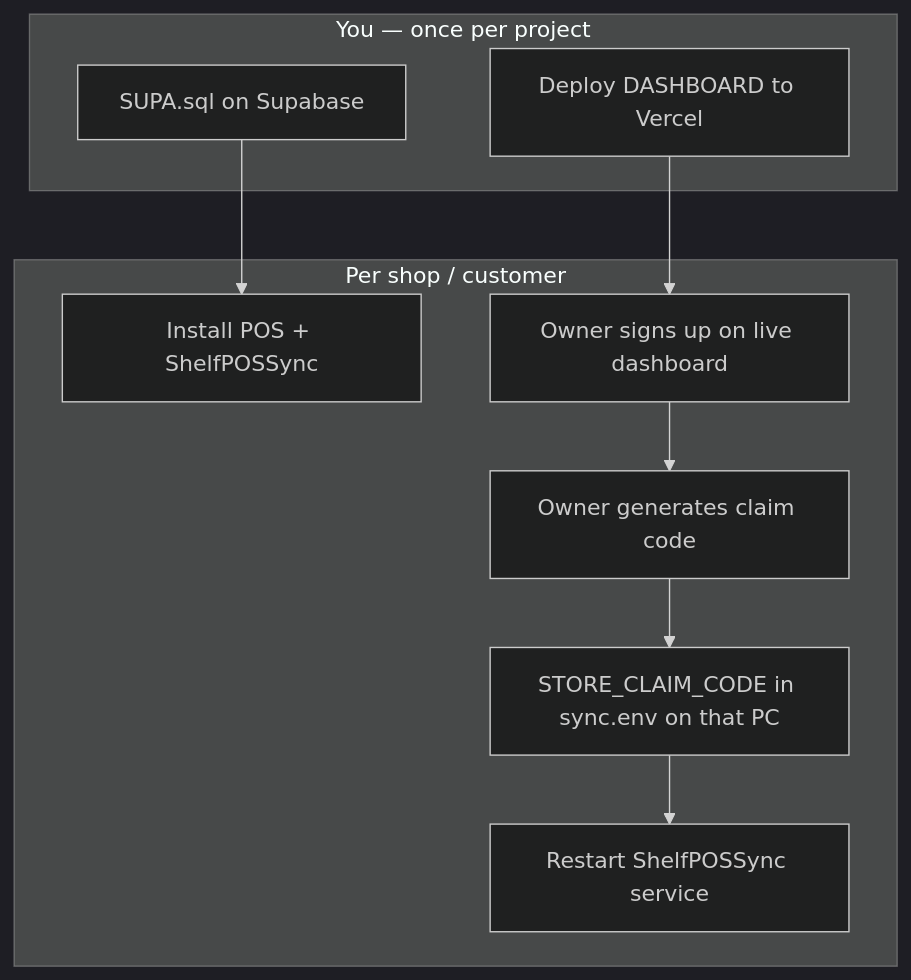
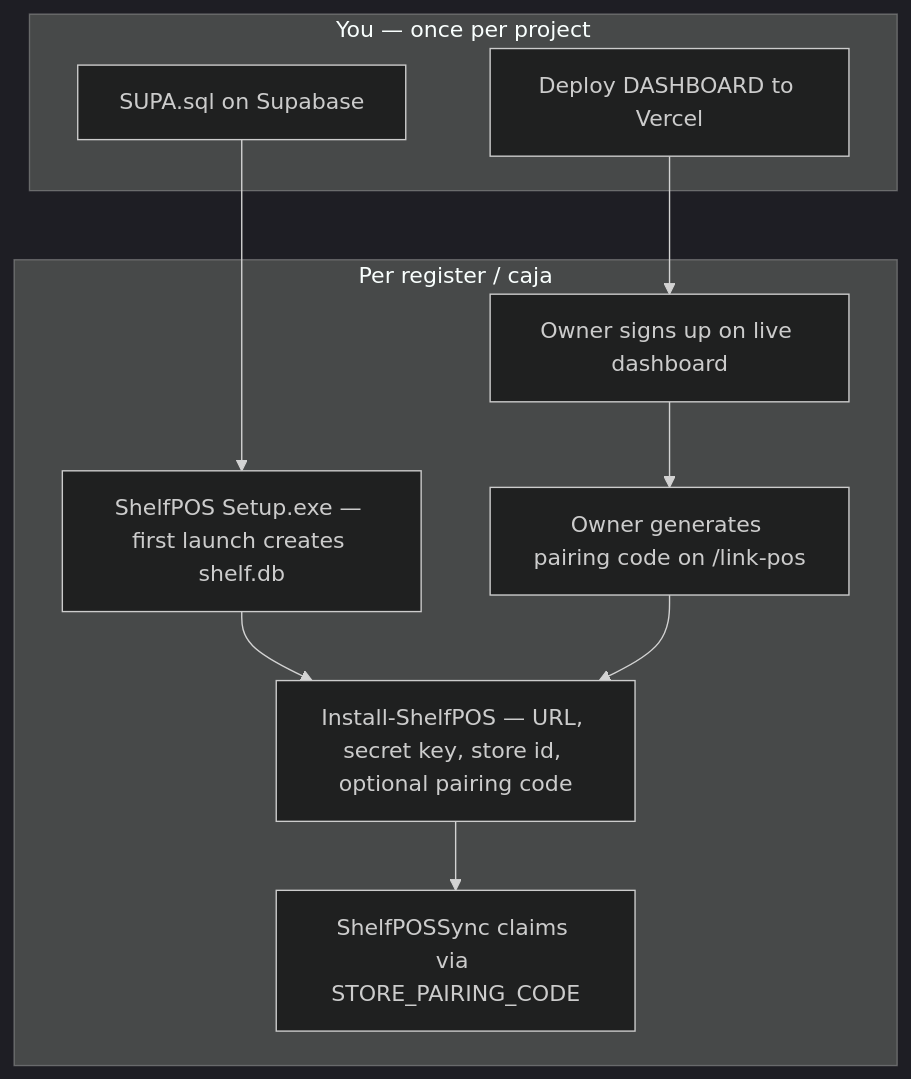
Before and after one commit to FortakenJay/ShelfPOS: the diagram in docs/wiki/15-Setup-And-Deployment.md, drawn with Mermaid (dark theme). The commit also changed other lines of this file and 107 other files, not shown here.

````diff
--- a/docs/wiki/15-Setup-And-Deployment.md
+++ b/docs/wiki/15-Setup-And-Deployment.md
@@ -7,19 +7,20 @@
 ```mermaid
 flowchart TB
   subgraph once [You — once per project]
     SQL[SUPA.sql on Supabase]
     Vercel[Deploy DASHBOARD to Vercel]
   end
-  subgraph perShop [Per shop / customer]
-    Install[Install POS + ShelfPOSSync]
+  subgraph perRegister [Per register / caja]
+    Setup[ShelfPOS Setup.exe — first launch creates shelf.db]
+    Install[Install-ShelfPOS — URL, secret key, store id, optional pairing code]
     Account[Owner signs up on live dashboard]
-    Code[Owner generates claim code]
-    Env[STORE_CLAIM_CODE in sync.env on that PC]
-    Restart[Restart ShelfPOSSync service]
+    Code[Owner generates pairing code on /link-pos]
+    Claim[ShelfPOSSync claims via STORE_PAIRING_CODE]
   end
-  SQL --> Install
+  SQL --> Setup
   Vercel --> Account
+  Setup --> Install
   Account --> Code
-  Code --> Env
-  Env --> Restart
+  Code --> Install
+  Install --> Claim
 ```
````
